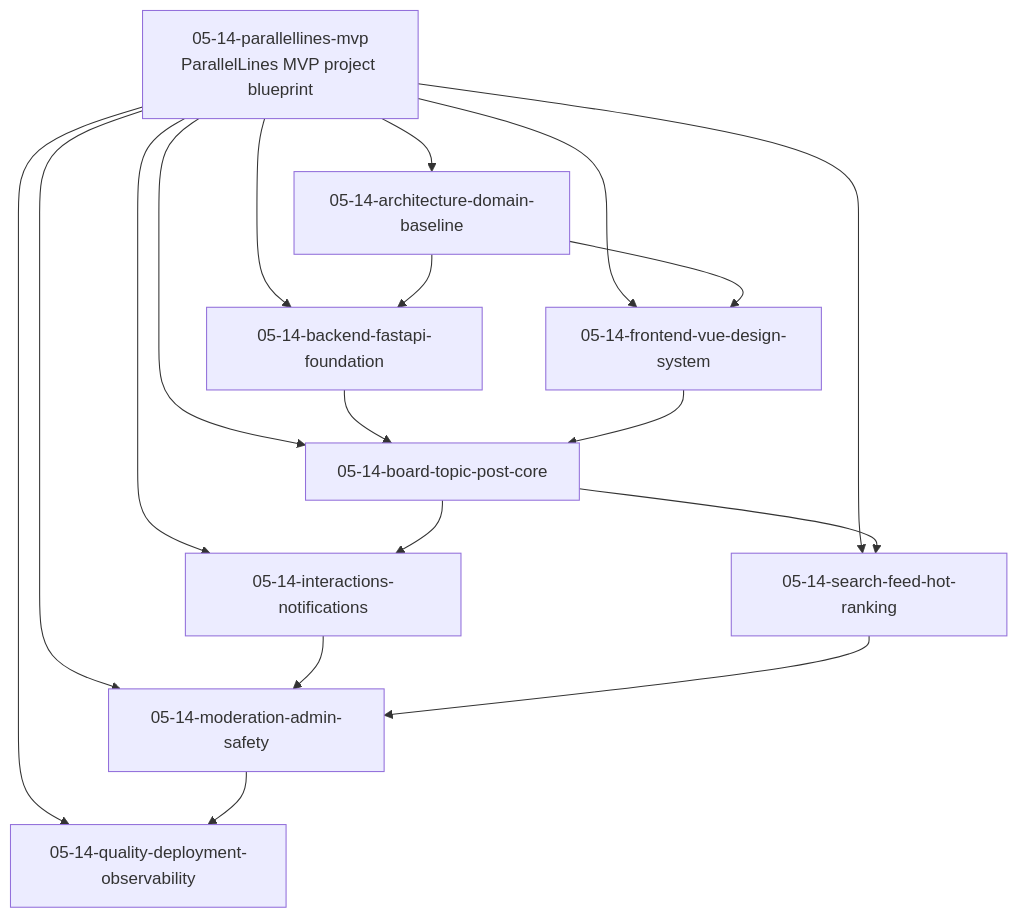
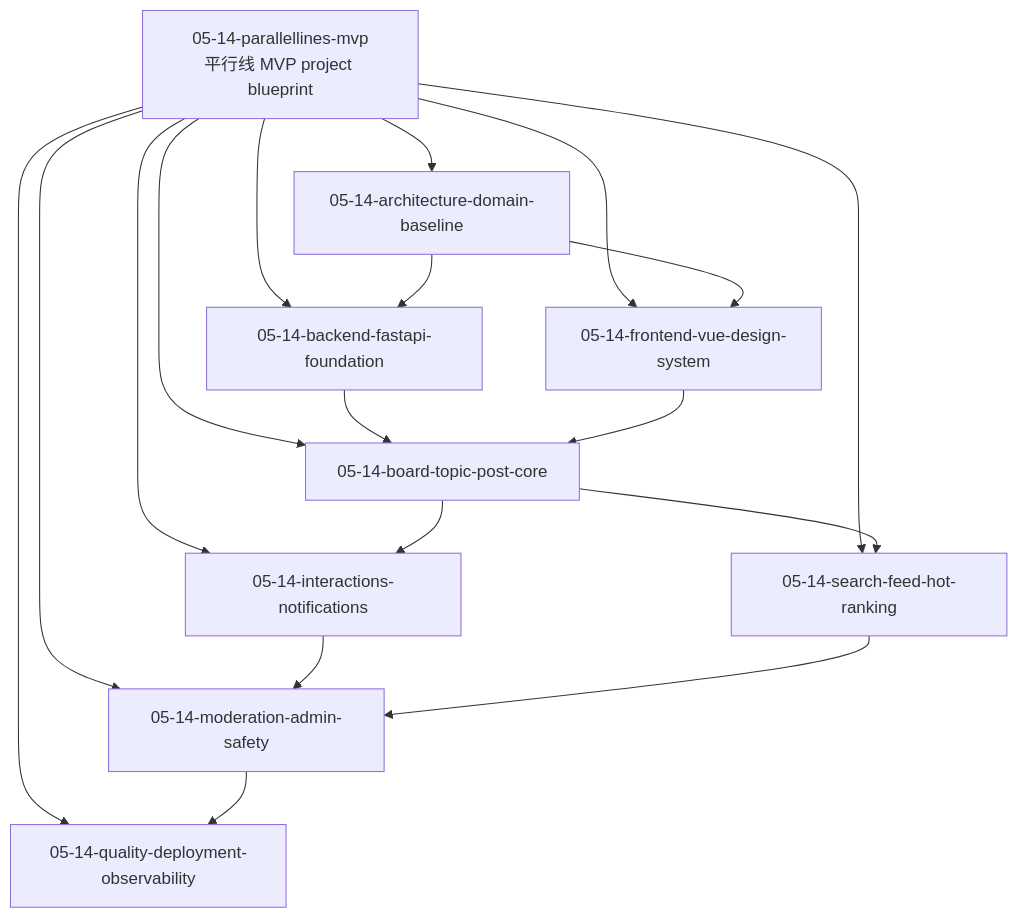
Before and after one commit to ixiaoyy/ParallelLines: the diagram in .trellis/spec/product/trellis-task-plan.md, drawn with Mermaid. The commit also changed 14 other files, not shown here.

````diff
--- a/.trellis/spec/product/trellis-task-plan.md
+++ b/.trellis/spec/product/trellis-task-plan.md
@@ -7,21 +7,21 @@
 ```mermaid
 flowchart TD
-    P0["05-14-parallellines-mvp<br/>ParallelLines MVP project blueprint"]
+    P0["05-14-parallellines-mvp<br/>平行线 MVP project blueprint"]
     P0 --> A["05-14-architecture-domain-baseline"]
     P0 --> B["05-14-backend-fastapi-foundation"]
     P0 --> C["05-14-frontend-vue-design-system"]
     P0 --> D["05-14-board-topic-post-core"]
     P0 --> E["05-14-interactions-notifications"]
     P0 --> F["05-14-search-feed-hot-ranking"]
     P0 --> G["05-14-moderation-admin-safety"]
     P0 --> H["05-14-quality-deployment-observability"]
     A --> B
     A --> C
     B --> D
     C --> D
     D --> E
     D --> F
     E --> G
     F --> G
     G --> H
 ```
````
